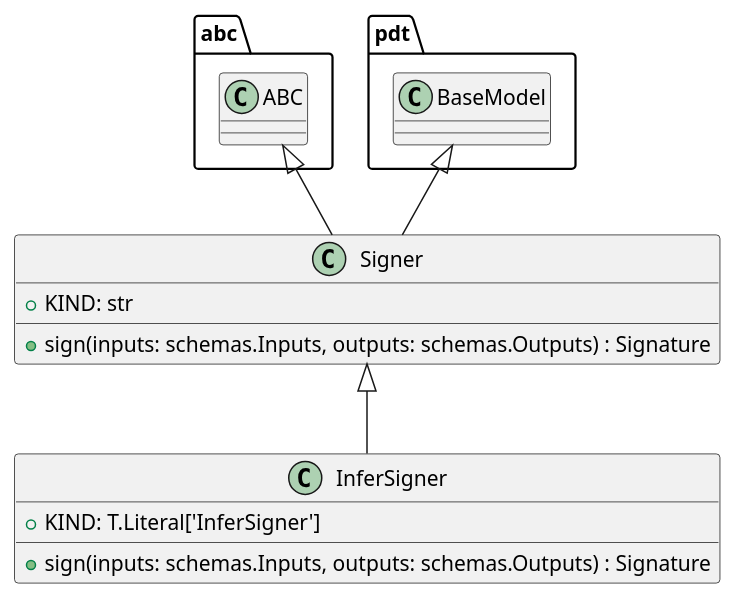
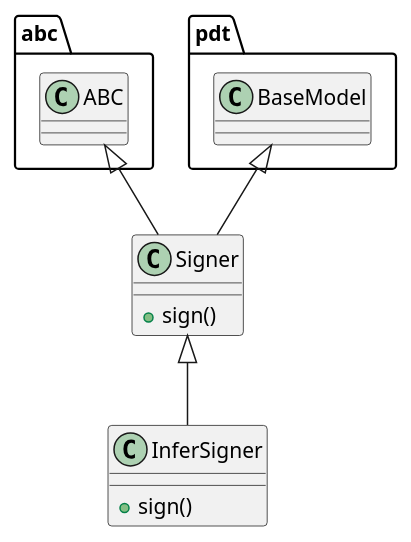
Before and after one commit to lgcorzo/llmops-python-package: the diagram in openwiki/src/autogen_team/infrastructure/utils/signers.md, drawn with PlantUML. The commit also changed other lines of this file and 77 other files, not shown here.

````diff
--- a/openwiki/src/autogen_team/infrastructure/utils/signers.md
+++ b/openwiki/src/autogen_team/infrastructure/utils/signers.md
@@ -53,15 +124,13 @@
 ```plantuml
 @startuml
-    abc.ABC <|-- Signer
-    pdt.BaseModel <|-- Signer
-    class Signer {
-        +KIND: str
-        +sign(inputs: schemas.Inputs, outputs: schemas.Outputs) : Signature
-    }
-    Signer <|-- InferSigner
-    class InferSigner {
-        +KIND: T.Literal['InferSigner']
-        +sign(inputs: schemas.Inputs, outputs: schemas.Outputs) : Signature
-    }
+class Signer {
+  + sign()
+}
+abc.ABC <|-- Signer
+pdt.BaseModel <|-- Signer
+class InferSigner {
+  + sign()
+}
+Signer <|-- InferSigner
 @enduml
 ```
````
